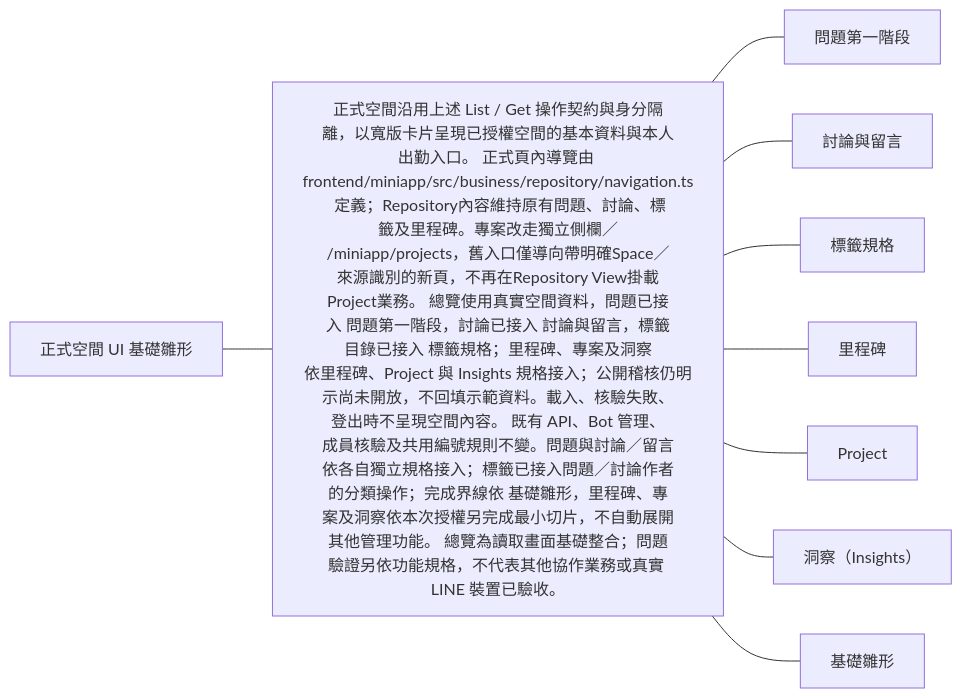
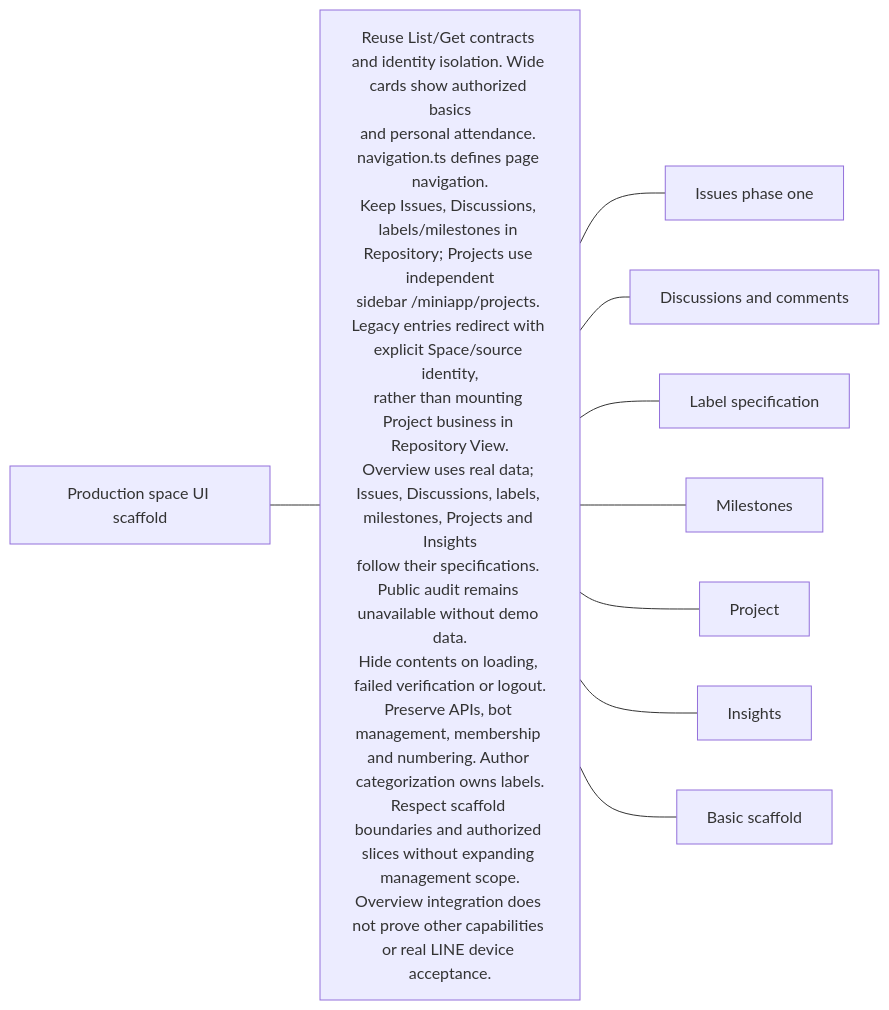
One commit to 963sup/line-mini-app-bot changed the eighth of 12 diagrams in docs/domains/repository/README.md. Above: the diagram before and after it, drawn with Mermaid. The commit also changed other lines of this file and 341 other files, not shown here.

````diff
--- a/docs/domains/repository/README.md
+++ b/docs/domains/repository/README.md
@@ -147,19 +153,19 @@
 ```mermaid
 flowchart LR
-  h["正式空間 UI 基礎雛形"]
-  h --- n0["正式空間沿用上述 List / Get 操作契約與身分隔<br/>離，以寬版卡片呈現已授權空間的基本資料與本人<br/>出勤入口。 正式頁內導覽由 <br/>frontend/miniapp/src/business/repository/navigation.ts<br/> 定義；Repository內容維持原有問題、討論、標<br/>籤及里程碑。專案改走獨立側欄／<br/>/miniapp/projects，舊入口僅導向帶明確Space／<br/>來源識別的新頁，不再在Repository View掛載<br/>Project業務。 總覽使用真實空間資料，問題已接<br/>入 問題第一階段，討論已接入 討論與留言，標籤<br/>目錄已接入 標籤規格；里程碑、專案及洞察<br/>依里程碑、Project 與 Insights 規格接入；公開稽核仍明<br/>示尚未開放，不回填示範資料。載入、核驗失敗、<br/>登出時不呈現空間內容。 既有 API、Bot 管理、<br/>成員核驗及共用編號規則不變。問題與討論／留言<br/>依各自獨立規格接入；標籤已接入問題／討論作者<br/>的分類操作；完成界線依 基礎雛形，里程碑、專<br/>案及洞察依本次授權另完成最小切片，不自動展開<br/>其他管理功能。 總覽為讀取畫面基礎整合；問題<br/>驗證另依功能規格，不代表其他協作業務或真實 <br/>LINE 裝置已驗收。"]
-  n0 --- n0l0["問題第一階段"]
+  h["Production space UI scaffold"]
+  h --- n0["Reuse List/Get contracts and identity isolation. Wide cards show authorized basics<br/>and personal attendance. navigation.ts defines page navigation.<br/>Keep Issues, Discussions, labels/milestones in Repository; Projects use independent<br/>sidebar /miniapp/projects. Legacy entries redirect with explicit Space/source identity,<br/>rather than mounting Project business in Repository View.<br/>Overview uses real data; Issues, Discussions, labels, milestones, Projects and Insights<br/>follow their specifications. Public audit remains unavailable without demo data.<br/>Hide contents on loading, failed verification or logout.<br/>Preserve APIs, bot management, membership and numbering. Author categorization owns labels.<br/>Respect scaffold boundaries and authorized slices without expanding management scope.<br/>Overview integration does not prove other capabilities or real LINE device acceptance."]
+  n0 --- n0l0["Issues phase one"]
   click n0l0 "issue/design.md"
-  n0 --- n0l1["討論與留言"]
+  n0 --- n0l1["Discussions and comments"]
   click n0l1 "discussion/design.md"
-  n0 --- n0l2["標籤規格"]
+  n0 --- n0l2["Label specification"]
   click n0l2 "labels.md"
-  n0 --- n0l3["里程碑"]
+  n0 --- n0l3["Milestones"]
   click n0l3 "milestones.md"
   n0 --- n0l4["Project"]
   click n0l4 "../project/project.md"
-  n0 --- n0l5["洞察（Insights）"]
+  n0 --- n0l5["Insights"]
   click n0l5 "insights.md"
-  n0 --- n0l6["基礎雛形"]
+  n0 --- n0l6["Basic scaffold"]
   click n0l6 "acceptance.md"
 ```
````
